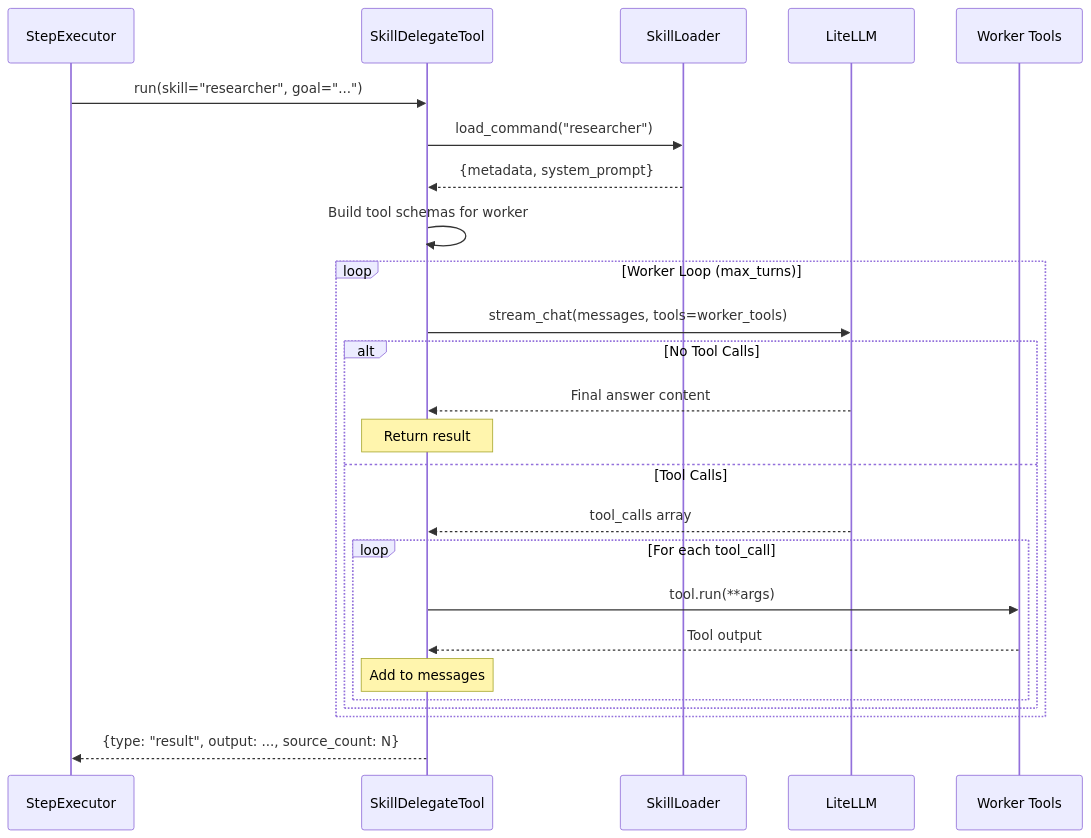
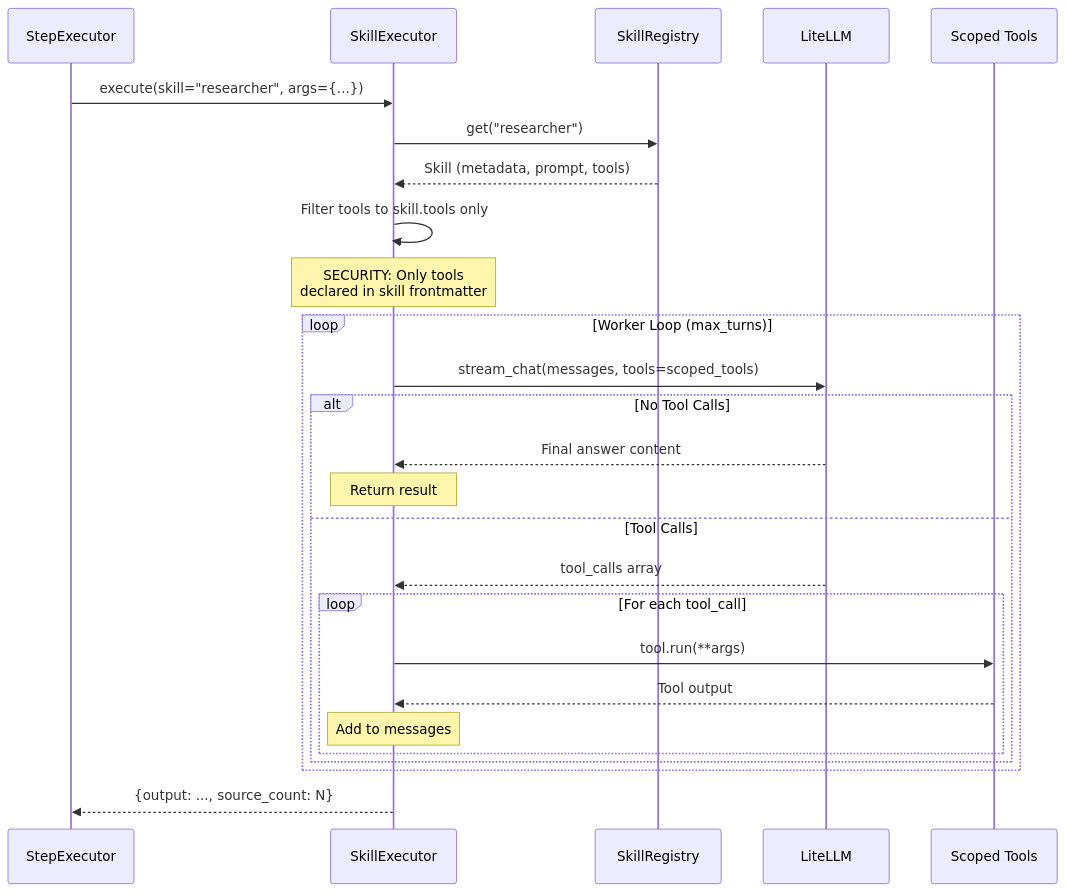
Before and after one commit to MagTer/ai-agent-platform: the fourth of 7 diagrams in docs/architecture-diagram.md, drawn with Mermaid. The commit also changed other lines of this file and 9 other files, not shown here.

````diff
--- a/docs/architecture-diagram.md
+++ b/docs/architecture-diagram.md
@@ -211,33 +214,34 @@
 ```mermaid
 sequenceDiagram
     participant Executor as StepExecutor
-    participant Delegate as SkillDelegateTool
-    participant Loader as SkillLoader
+    participant SkillExec as SkillExecutor
+    participant Registry as SkillRegistry
     participant LLM as LiteLLM
-    participant Tools as Worker Tools
+    participant Tools as Scoped Tools
 
-    Executor->>Delegate: run(skill="researcher", goal="...")
+    Executor->>SkillExec: execute(skill="researcher", args={...})
 
-    Delegate->>Loader: load_command("researcher")
-    Loader-->>Delegate: {metadata, system_prompt}
+    SkillExec->>Registry: get("researcher")
+    Registry-->>SkillExec: Skill (metadata, prompt, tools)
 
-    Delegate->>Delegate: Build tool schemas for worker
+    SkillExec->>SkillExec: Filter tools to skill.tools only
+    Note over SkillExec: SECURITY: Only tools<br/>declared in skill frontmatter
 
     loop Worker Loop (max_turns)
-        Delegate->>LLM: stream_chat(messages, tools=worker_tools)
+        SkillExec->>LLM: stream_chat(messages, tools=scoped_tools)
 
         alt No Tool Calls
-            LLM-->>Delegate: Final answer content
-            Note over Delegate: Return result
+            LLM-->>SkillExec: Final answer content
+            Note over SkillExec: Return result
         else Tool Calls
-            LLM-->>Delegate: tool_calls array
+            LLM-->>SkillExec: tool_calls array
             loop For each tool_call
-                Delegate->>Tools: tool.run(**args)
-                Tools-->>Delegate: Tool output
-                Note over Delegate: Add to messages
+                SkillExec->>Tools: tool.run(**args)
+                Tools-->>SkillExec: Tool output
+                Note over SkillExec: Add to messages
             end
         end
     end
 
-    Delegate-->>Executor: {type: "result", output: ..., source_count: N}
+    SkillExec-->>Executor: {output: ..., source_count: N}
 ```
````
